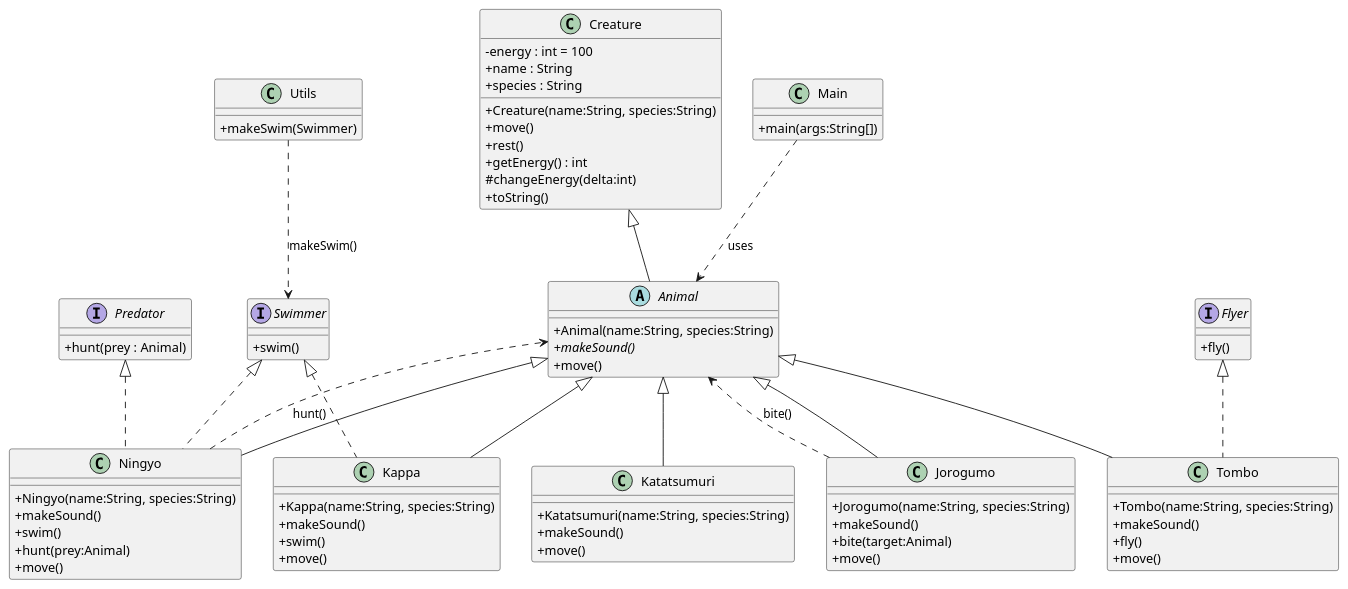
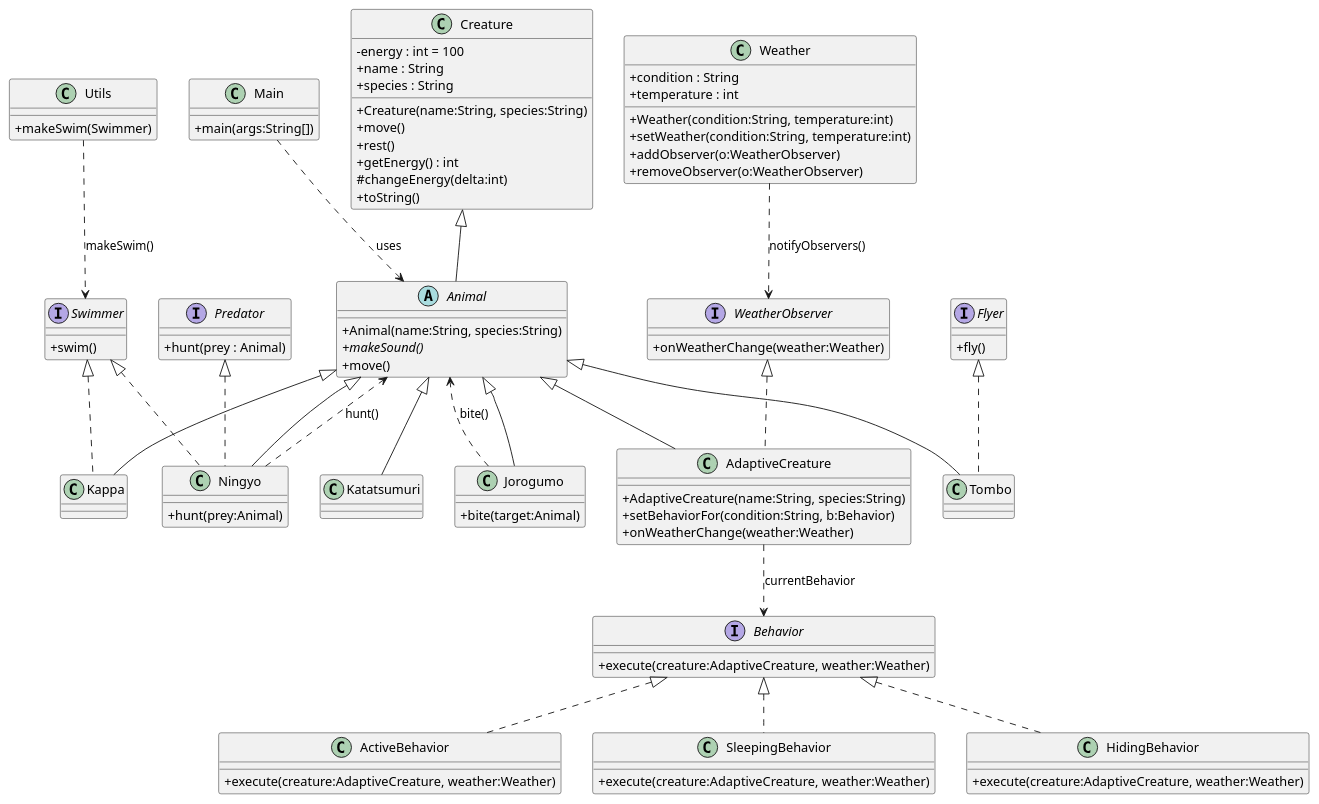
One commit to ryannnasa/miniExoTheo changed the diagram in src/diagram.puml. Above: the diagram before and after it, drawn with PlantUML. The commit also changed other lines of this file and 16 other files, not shown here.

```diff
--- a/src/diagram.puml
+++ b/src/diagram.puml
@@ -1,98 +1,131 @@
 @startuml
 ' Diagramme de classes généré depuis le code source du projet
 
 skinparam classAttributeIconSize 0
 class Creature {
   - energy : int = 100
   + name : String
   + species : String
   + Creature(name:String, species:String)
   + move()
   + rest()
   + getEnergy() : int
   # changeEnergy(delta:int)
   + toString()
 }
 
 abstract class Animal {
   + Animal(name:String, species:String)
   {abstract} + makeSound()
   + move()
 }
 
 interface Swimmer {
   + swim()
 }
 
 interface Flyer {
   + fly()
 }
 
 interface Predator {
   + hunt(prey : Animal)
 }
 
+' Strategy pattern
+interface Behavior {
+  + execute(creature:AdaptiveCreature, weather:Weather)
+}
+
+class ActiveBehavior {
+  + execute(creature:AdaptiveCreature, weather:Weather)
+}
+
+class SleepingBehavior {
+  + execute(creature:AdaptiveCreature, weather:Weather)
+}
+
+class HidingBehavior {
+  + execute(creature:AdaptiveCreature, weather:Weather)
+}
+
 class Kappa {
-  + Kappa(name:String, species:String)
-  + makeSound()
-  + swim()
-  + move()
 }
 
 class Ningyo {
-  + Ningyo(name:String, species:String)
-  + makeSound()
-  + swim()
   + hunt(prey:Animal)
-  + move()
 }
 
 class Tombo {
-  + Tombo(name:String, species:String)
-  + makeSound()
-  + fly()
-  + move()
 }
 
 class Jorogumo {
-  + Jorogumo(name:String, species:String)
-  + makeSound()
   + bite(target:Animal)
-  + move()
 }
 
 class Katatsumuri {
-  + Katatsumuri(name:String, species:String)
-  + makeSound()
-  + move()
 }
 
 class Utils {
   + makeSwim(Swimmer)
 }
 
 class Main {
   + main(args:String[])
 }
 
+' Observer pattern: Weather notifies WeatherObserver
+class Weather {
+  + condition : String
+  + temperature : int
+  + Weather(condition:String, temperature:int)
+  + setWeather(condition:String, temperature:int)
+  + addObserver(o:WeatherObserver)
+  + removeObserver(o:WeatherObserver)
+}
+
+interface WeatherObserver {
+  + onWeatherChange(weather:Weather)
+}
+
+' Adaptive creature that combines both patterns
+class AdaptiveCreature {
+  + AdaptiveCreature(name:String, species:String)
+  + setBehaviorFor(condition:String, b:Behavior)
+  + onWeatherChange(weather:Weather)
+}
+
 ' Héritage
 Creature <|-- Animal
 Animal <|-- Kappa
 Animal <|-- Ningyo
 Animal <|-- Tombo
 Animal <|-- Jorogumo
 Animal <|-- Katatsumuri
+Animal <|-- AdaptiveCreature
 
 ' Implémentations d'interfaces
 Swimmer <|.. Kappa
 Swimmer <|.. Ningyo
 Flyer <|.. Tombo
 Predator <|.. Ningyo
+
+' Strategy implementations
+Behavior <|.. ActiveBehavior
+Behavior <|.. SleepingBehavior
+Behavior <|.. HidingBehavior
+
+' Observer implementations / usages
+WeatherObserver <|.. AdaptiveCreature
+Weather ..> WeatherObserver : notifyObservers()
+
+' AdaptiveCreature uses Behavior (composition)
+AdaptiveCreature ..> Behavior : currentBehavior
 
 ' Utilisations / dépendances
 Jorogumo ..> Animal : bite()
 Ningyo ..> Animal : hunt()
 Utils ..> Swimmer : makeSwim()
 Main ..> Animal : uses
 
 @enduml
```
